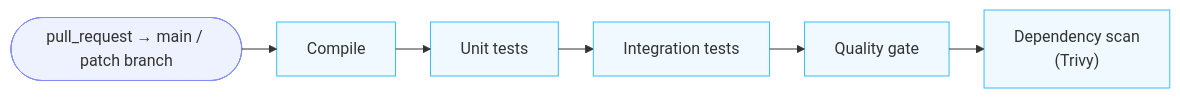
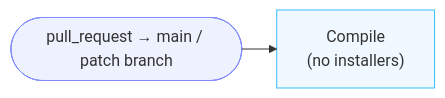
The second of 8 diagrams in docs/cicd-pipelines.md (wso2/product-integrator), drawn with Mermaid before and after one commit. The commit also changed other lines of this file, not shown here.

````diff
--- a/docs/cicd-pipelines.md
+++ b/docs/cicd-pipelines.md
@@ -19,12 +47,7 @@
 ```mermaid
 %%{init: {"layout": "elk"}}%%
 graph LR
-    T(["pull_request → main / patch branch"]):::trigger --> S1["Compile"]:::stage
-    S1 --> S2["Unit tests"]:::stage
-    S2 --> S3["Integration tests"]:::stage
-    S3 --> S4["Quality gate"]:::stage
-    S4 --> S5["Dependency scan<br>(Trivy)"]:::stage
+    T(["pull_request → main / patch branch"]):::trigger --> S1["Compile<br>(no installers)"]:::stage
     classDef trigger stroke:#818cf8,fill:#eef2ff
     classDef stage stroke:#38bdf8,fill:#f0f9ff
-    classDef artifact stroke:#fb923c,fill:#fff7ed
 ```
````
